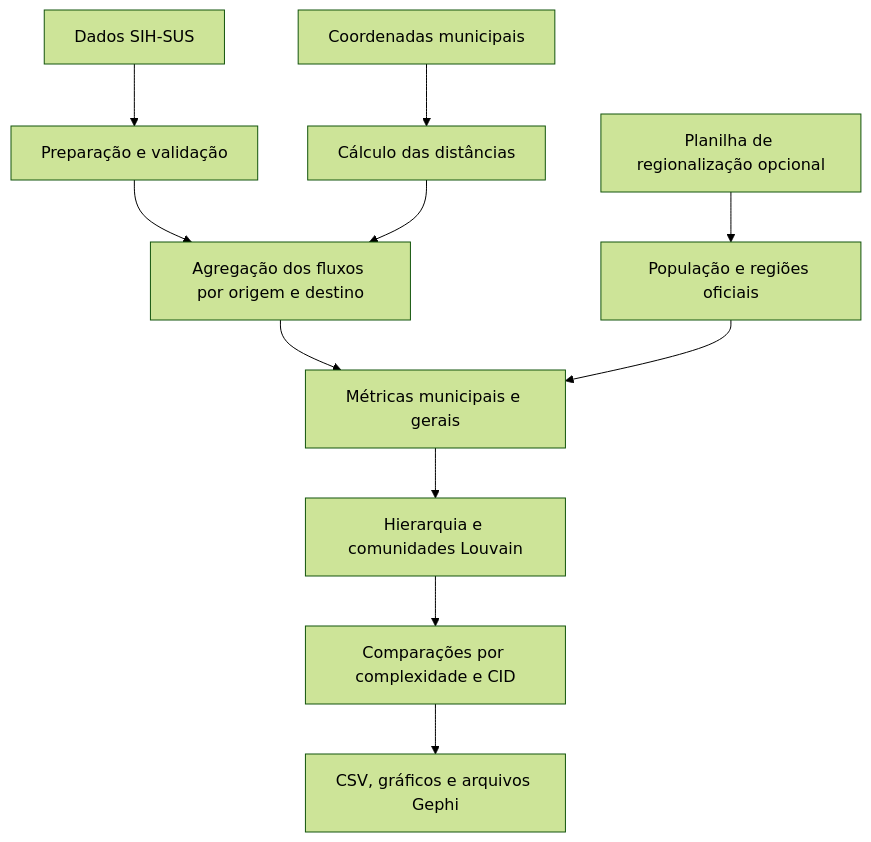
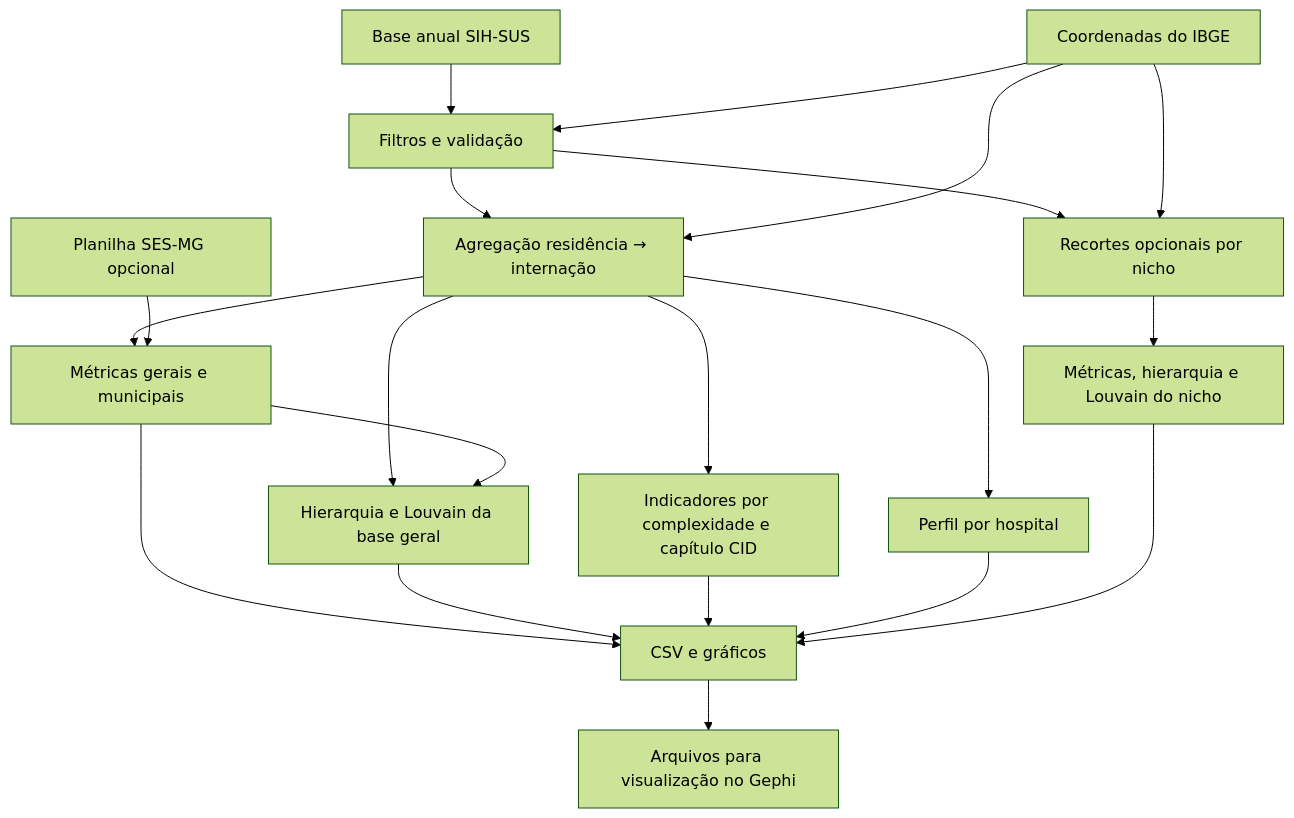
The diagram in README.md (marisxzh/rede-saude), drawn with Mermaid (forest theme) before and after one commit. The commit also changed other lines of this file and 47 other files, not shown here.

````diff
--- a/README.md
+++ b/README.md
@@ -85,13 +141,22 @@
 ```mermaid
 flowchart TD
-    A[Dados SIH-SUS] --> B[Preparação e validação]
-    C[Coordenadas municipais] --> D[Cálculo das distâncias]
-    B --> E[Agregação dos fluxos por origem e destino]
-    D --> E
-    F[Planilha de regionalização opcional] --> G[População e regiões oficiais]
-    E --> H[Métricas municipais e gerais]
-    G --> H
-    H --> I[Hierarquia e comunidades Louvain]
-    I --> J[Comparações por complexidade e CID]
-    J --> K[CSV, gráficos e arquivos Gephi]
+    A[Base anual SIH-SUS] --> B[Filtros e validação]
+    C[Coordenadas do IBGE] --> B
+    B --> D[Agregação residência → internação]
+    C --> D
+    D --> E[Métricas gerais e municipais]
+    F[Planilha SES-MG opcional] --> E
+    D --> G[Hierarquia e Louvain da base geral]
+    E --> G
+    D --> H[Indicadores por complexidade e capítulo CID]
+    D --> I[Perfil por hospital]
+    B --> J[Recortes opcionais por nicho]
+    C --> J
+    J --> K[Métricas, hierarquia e Louvain do nicho]
+    E --> L[CSV e gráficos]
+    G --> L
+    H --> L
+    I --> L
+    K --> L
+    L --> M[Arquivos para visualização no Gephi]
 ```
````
